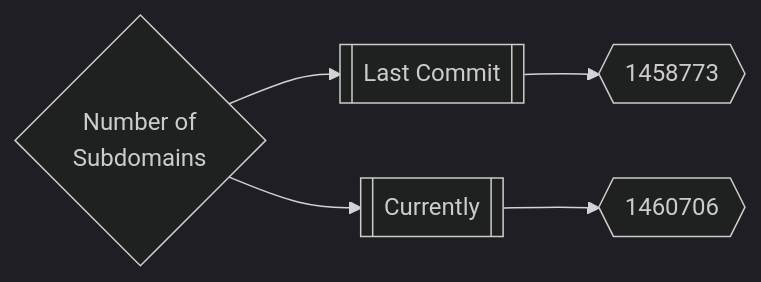
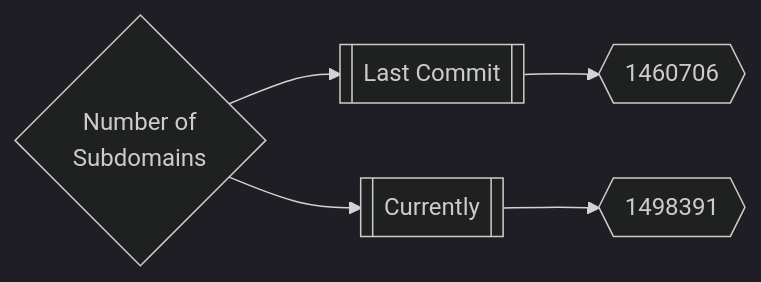
One commit to trickest/inventory changed the first of 3 diagrams in README.md. Above: the diagram before and after it, drawn with Mermaid (dark theme).

Commit message:
Update Sat Apr 16 01:43:11 UTC 2022

````diff
--- a/README.md
+++ b/README.md
@@ -165,5 +165,5 @@
 ```mermaid
 graph LR
-title{Number of<br>Subdomains} --> subdomainsDate1[[Last Commit]] --> subdomainsNum1{{1458773}}
-title --> subdomainsDate2[[Currently]] --> subdomainsNum2{{1460706}}
+title{Number of<br>Subdomains} --> subdomainsDate1[[Last Commit]] --> subdomainsNum1{{1460706}}
+title --> subdomainsDate2[[Currently]] --> subdomainsNum2{{1498391}}
 ```
````
